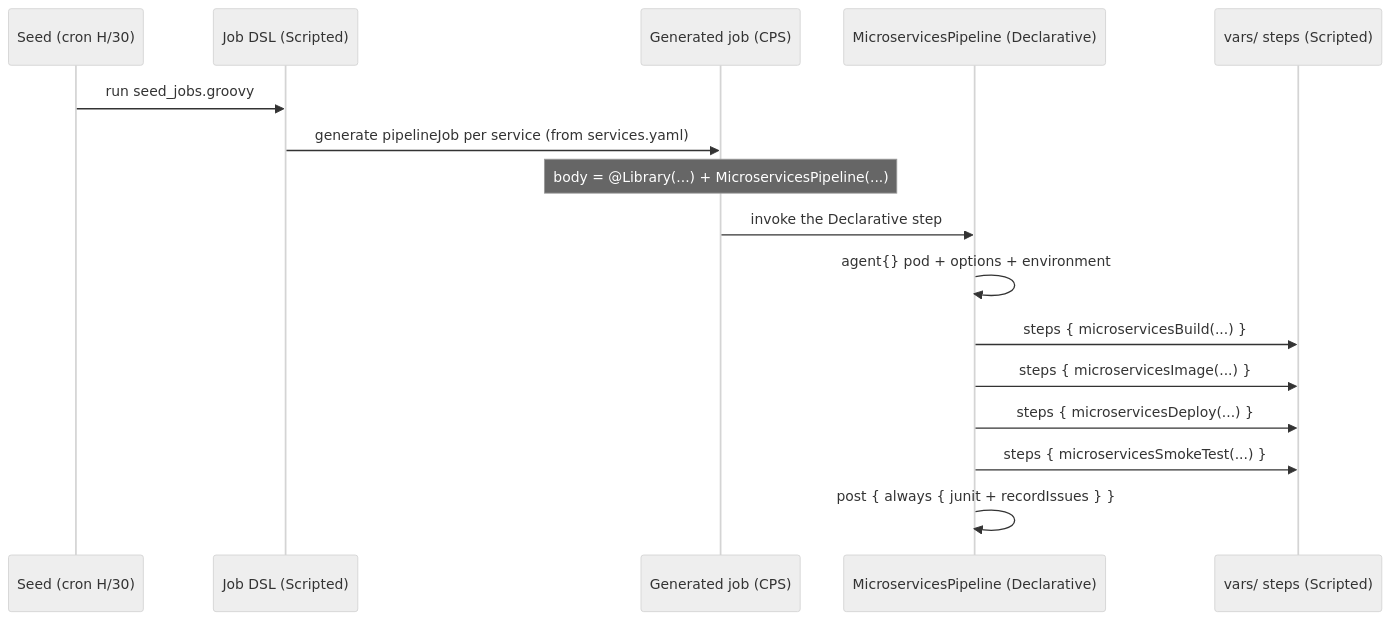
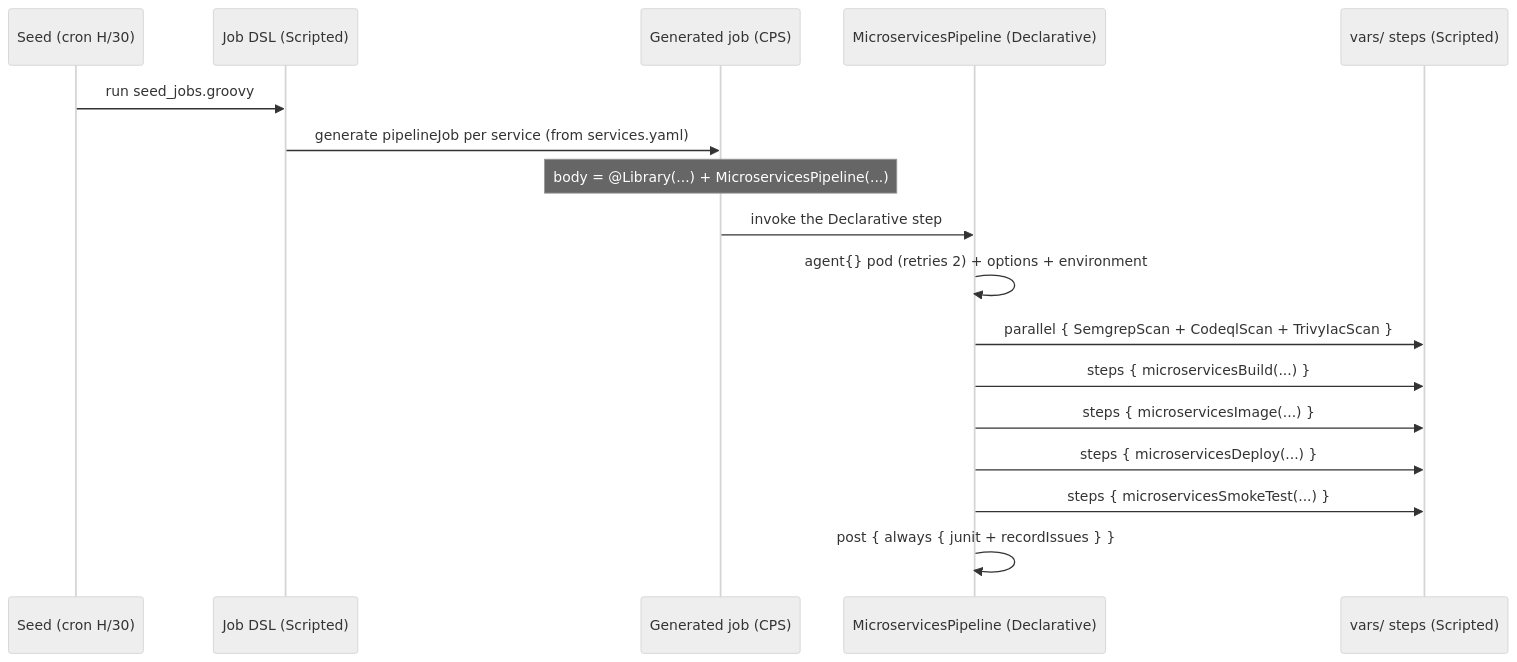
One commit to nubenetes/jenkins-2026 changed the fourth of 7 diagrams in docs/403-DECLARATIVE_VS_SCRIPTED.md. Above: the diagram before and after it, drawn with Mermaid (neutral theme). The commit also changed other lines of this file and 13 other files, not shown here.

````diff
--- a/docs/403-DECLARATIVE_VS_SCRIPTED.md
+++ b/docs/403-DECLARATIVE_VS_SCRIPTED.md
@@ -677,19 +694,20 @@
 ```mermaid
 sequenceDiagram
     participant Cron as Seed (cron H/30)
     participant DSL as Job DSL (Scripted)
     participant Job as Generated job (CPS)
     participant Decl as MicroservicesPipeline (Declarative)
     participant Lib as vars/ steps (Scripted)
 
     Cron->>DSL: run seed_jobs.groovy
     DSL->>Job: generate pipelineJob per service (from services.yaml)
     Note over Job: body = @Library(...) + MicroservicesPipeline(...)
     Job->>Decl: invoke the Declarative step
-    Decl->>Decl: agent{} pod + options + environment
+    Decl->>Decl: agent{} pod (retries 2) + options + environment
+    Decl->>Lib: parallel { SemgrepScan + CodeqlScan + TrivyIacScan }
     Decl->>Lib: steps { microservicesBuild(...) }
     Decl->>Lib: steps { microservicesImage(...) }
     Decl->>Lib: steps { microservicesDeploy(...) }
     Decl->>Lib: steps { microservicesSmokeTest(...) }
     Decl->>Decl: post { always { junit + recordIssues } }
 ```
````
